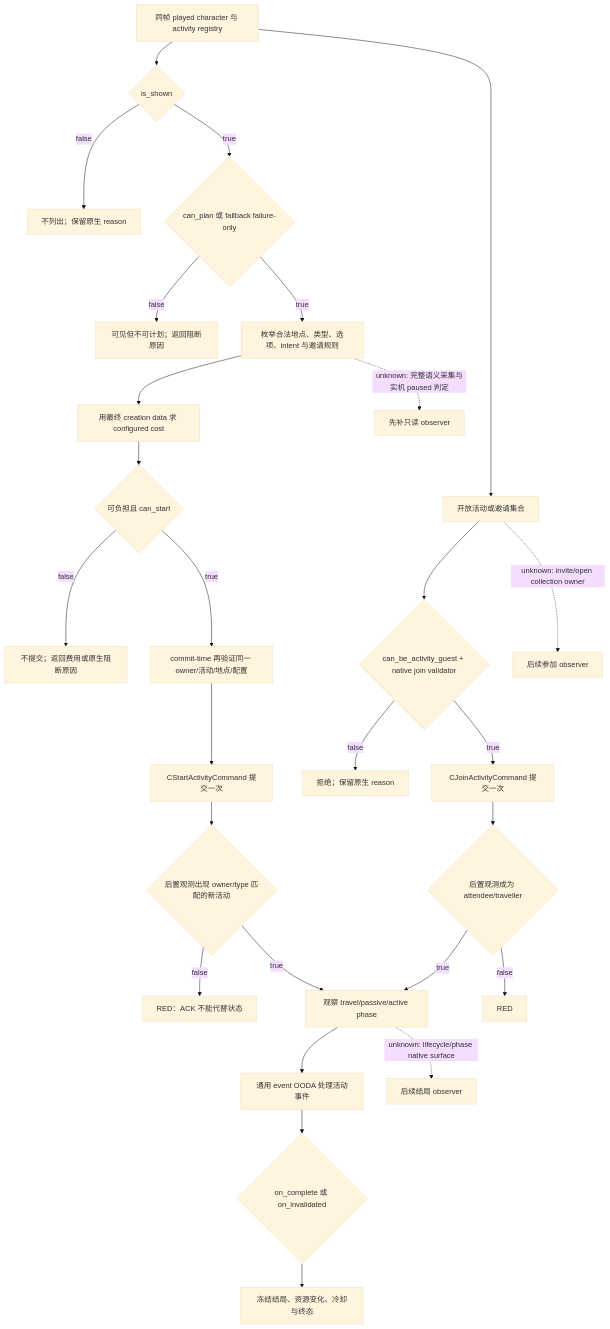
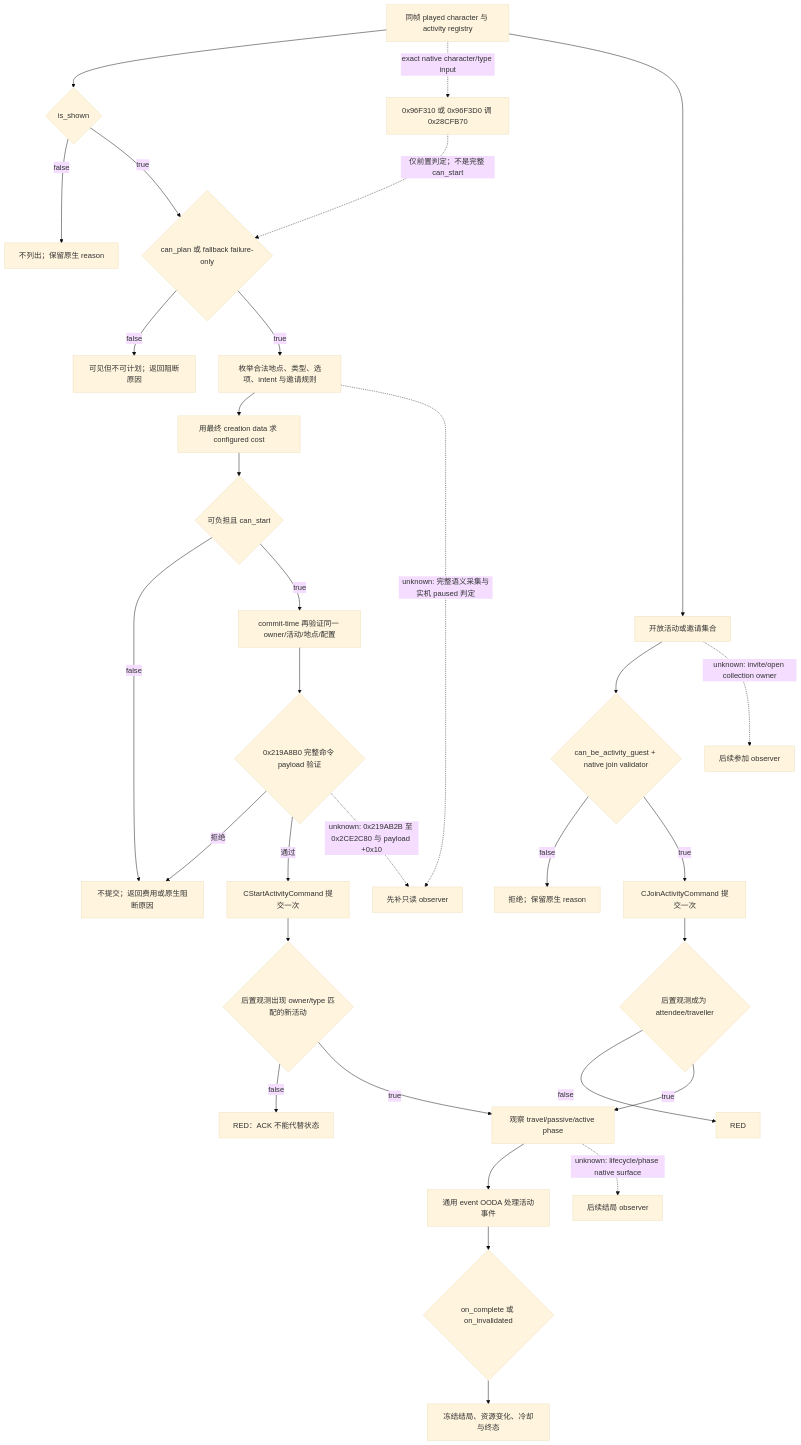
One commit to XenoAmess/ck3_eternal_recurrence changed the first of 2 diagrams in docs/ck3-native-ai/non-religious-activities.md. Above: the diagram before and after it, drawn with Mermaid (base theme). The commit also changed other lines of this file and 2 other files, not shown here.

Commit message:
NW-ACTIVITY-C106 Trace feast prerequisite versus command validation

````diff
--- a/docs/ck3-native-ai/non-religious-activities.md
+++ b/docs/ck3-native-ai/non-religious-activities.md
@@ -62,31 +62,36 @@
 ```mermaid
 flowchart TD
     A[同帧 played character 与 activity registry] --> B{is_shown}
     B -- false --> X[不列出；保留原生 reason]
     B -- true --> C{can_plan 或 fallback failure-only}
+    A -. exact native character/type input .-> C0[0x96F310 或 0x96F3D0 调 0x28CFB70]
+    C0 -. 仅前置判定；不是完整 can_start .-> C
     C -- false --> Y[可见但不可计划；返回阻断原因]
     C -- true --> D[枚举合法地点、类型、选项、intent 与邀请规则]
     D --> E[用最终 creation data 求 configured cost]
     E --> F{可负担且 can_start}
     F -- false --> Z[不提交；返回费用或原生阻断原因]
     F -- true --> G[commit-time 再验证同一 owner/活动/地点/配置]
-    G --> H[CStartActivityCommand 提交一次]
+    G --> G0{0x219A8B0 完整命令 payload 验证}
+    G0 -- 拒绝 --> Z
+    G0 -- 通过 --> H[CStartActivityCommand 提交一次]
     H --> I{后置观测出现 owner/type 匹配的新活动}
     I -- false --> R[RED：ACK 不能代替状态]
     I -- true --> J[观察 travel/passive/active phase]
     J --> K[通用 event OODA 处理活动事件]
     K --> L{on_complete 或 on_invalidated}
     L --> M[冻结结局、资源变化、冷却与终态]
 
     A --> N[开放活动或邀请集合]
     N --> O{can_be_activity_guest + native join validator}
     O -- false --> P[拒绝；保留原生 reason]
     O -- true --> Q[CJoinActivityCommand 提交一次]
     Q --> S{后置观测成为 attendee/traveller}
     S -- false --> T[RED]
     S -- true --> J
 
     D -. unknown: 完整语义采集与实机 paused 判定 .-> U[先补只读 observer]
+    G0 -. unknown: 0x219AB2B 至 0x2CE2C80 与 payload +0x10 .-> U
     N -. unknown: invite/open collection owner .-> V[后续参加 observer]
     J -. unknown: lifecycle/phase native surface .-> W[后续结局 observer]
 ```
````
